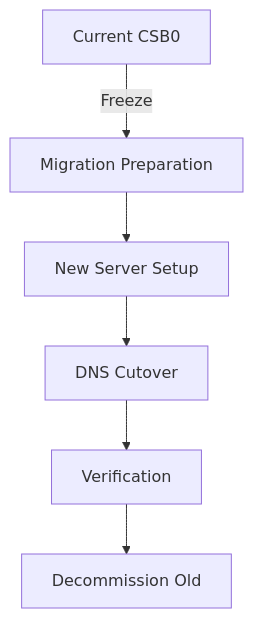
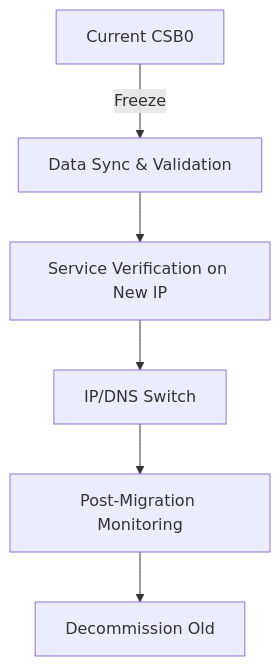
One commit to markus-barta/nixcfg changed the diagram in +pm/backlog/P7000-csb0-migration-to-new-server.md. Above: the diagram before and after it, drawn with Mermaid. The commit also changed other lines of this file and 1 other file, not shown here.

First line of the commit message:
docs(P7000): enhance migration plan with detailed validation steps and updated server configuration

````diff
--- a/+pm/backlog/P7000-csb0-migration-to-new-server.md
+++ b/+pm/backlog/P7000-csb0-migration-to-new-server.md
@@ -31,8 +31,8 @@
 ```mermaid
 graph TD
-    A[Current CSB0] -->|Freeze| B[Migration Preparation]
-    B --> C[New Server Setup]
-    C --> D[DNS Cutover]
-    D --> E[Verification]
+    A[Current CSB0] -->|Freeze| B[Data Sync & Validation]
+    B --> C[Service Verification on New IP]
+    C --> D[IP/DNS Switch]
+    D --> E[Post-Migration Monitoring]
     E --> F[Decommission Old]
 ```
````
